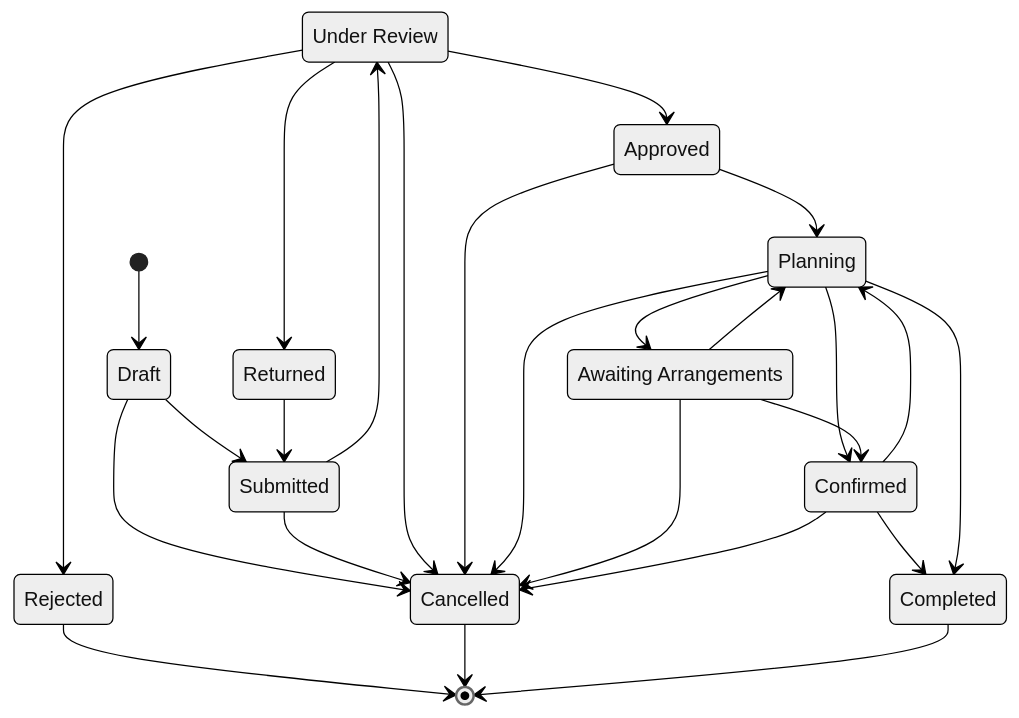
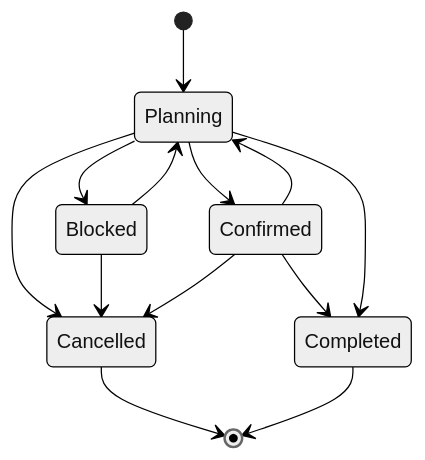
One commit to SPM-T6-Pygmies/spm-212-t6-brain changed the diagram in wiki/domain/event.md. Above: the diagram before and after it, drawn with Mermaid (neutral theme). The commit also changed other lines of this file and 24 other files, not shown here.

Commit message:
update event and event_request schema

````diff
--- a/wiki/domain/event.md
+++ b/wiki/domain/event.md
@@ -56,30 +58,15 @@
 ```mermaid
 stateDiagram-v2
-    state "Under Review" as UnderReview
-    state "Awaiting Arrangements" as AwaitingArrangements
-    [*] --> Draft
-    Draft --> Submitted
-    Submitted --> UnderReview
-    UnderReview --> Returned
-    UnderReview --> Rejected
-    UnderReview --> Approved
-    Returned --> Submitted
-    Approved --> Planning
-    Planning --> AwaitingArrangements
-    AwaitingArrangements --> Planning
+    [*] --> Planning
+    Planning --> Blocked
+    Blocked --> Planning
     Planning --> Confirmed
-    AwaitingArrangements --> Confirmed
     Confirmed --> Planning
     Confirmed --> Completed
     Planning --> Completed
-    Draft --> Cancelled
-    Submitted --> Cancelled
-    UnderReview --> Cancelled
-    Approved --> Cancelled
     Planning --> Cancelled
-    AwaitingArrangements --> Cancelled
+    Blocked --> Cancelled
     Confirmed --> Cancelled
-    Rejected --> [*]
     Cancelled --> [*]
     Completed --> [*]
 ```
````
